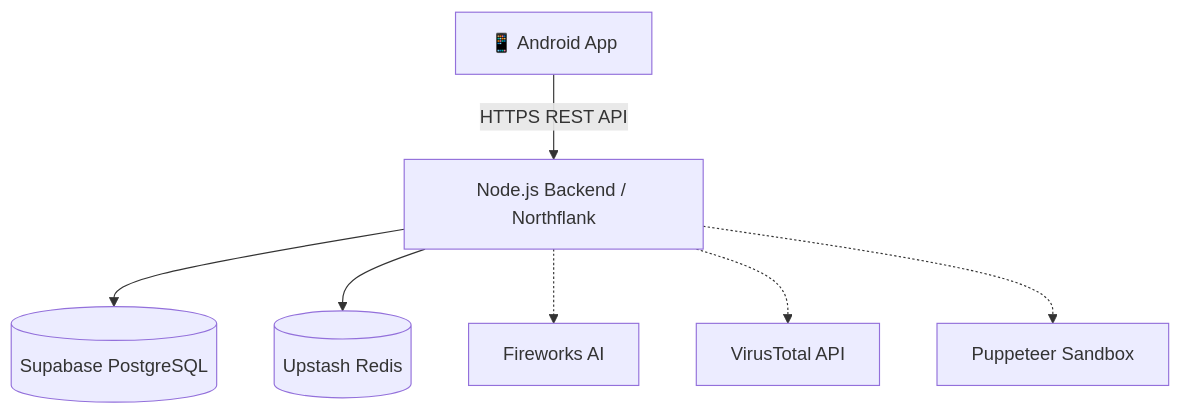
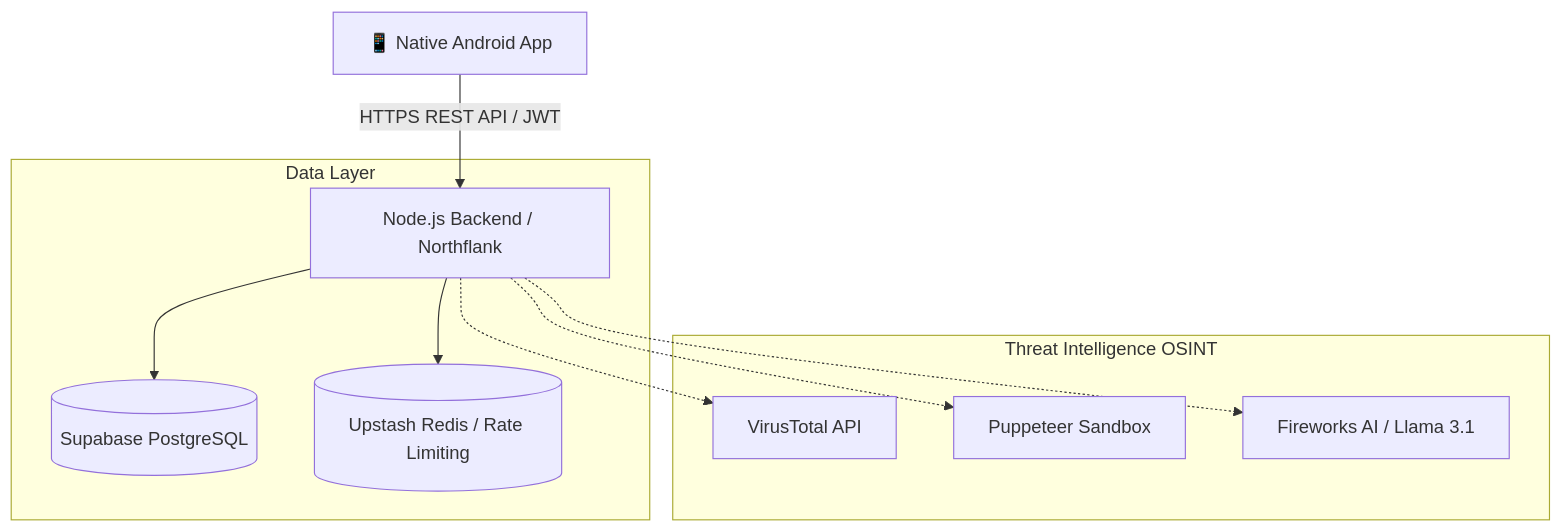
Before and after one commit to PriyanshSHada/phishtrack: the diagram in README.md, drawn with Mermaid. The commit also changed other lines of this file, not shown here.

````diff
--- a/README.md
+++ b/README.md
@@ -43,11 +36,15 @@
 ```mermaid
 graph TD
-    A[📱 Android App] -->|HTTPS REST API| B[Node.js Backend / Northflank]
-    B --> C[(Supabase PostgreSQL)]
-    B --> D[(Upstash Redis)]
+    A[📱 Native Android App] -->|HTTPS REST API / JWT| B[Node.js Backend / Northflank]
     
-    %% Third Party OSINT & AI Integrations
-    B -.-> E[Fireworks AI]
-    B -.-> F[VirusTotal API]
-    B -.-> G[Puppeteer Sandbox]
+    subgraph Data Layer
+        B --> C[(Supabase PostgreSQL)]
+        B --> D[(Upstash Redis / Rate Limiting)]
+    end
+    
+    subgraph Threat Intelligence OSINT
+        B -.-> E[VirusTotal API]
+        B -.-> F[Puppeteer Sandbox]
+        B -.-> G[Fireworks AI / Llama 3.1]
+    end
 ```
````
